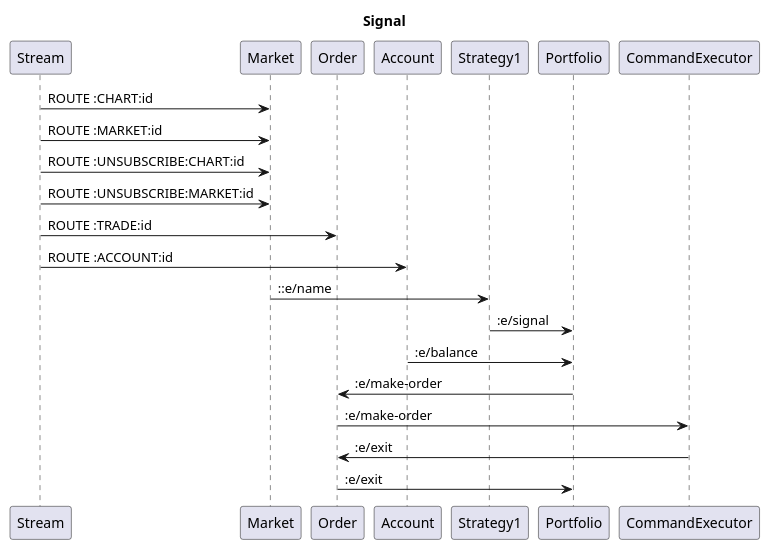
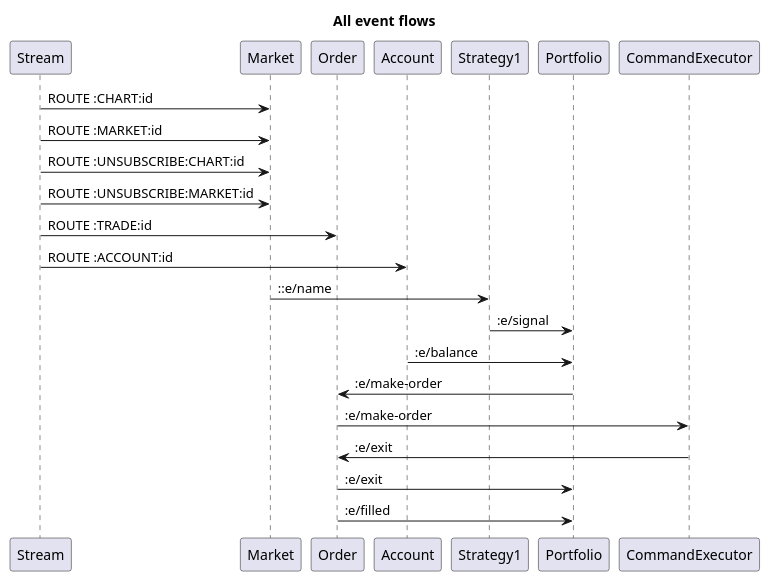
Before and after one commit to favetelinguis/bfg-clj: the first of 2 diagrams in README.org, drawn with PlantUML. The commit also changed other lines of this file and 21 other files, not shown here.

```diff
--- a/README.org
+++ b/README.org
@@ -11,17 +11,18 @@
 #+begin_src plantuml :file ./images/signal.png
-title Signal
+title All event flows
 
 Stream->Market: ROUTE :CHART:id
 Stream->Market: ROUTE :MARKET:id
 Stream->Market: ROUTE :UNSUBSCRIBE:CHART:id
 Stream->Market: ROUTE :UNSUBSCRIBE:MARKET:id
 Stream->Order: ROUTE :TRADE:id
 Stream->Account: ROUTE :ACCOUNT:id
 Market->Strategy1: ::e/name
 Strategy1->Portfolio ::e/signal
 Account->Portfolio ::e/balance
 Portfolio->Order ::e/make-order
 Order->CommandExecutor ::e/make-order
 CommandExecutor->Order ::e/exit
 Order->Portfolio ::e/exit
+Order->Portfolio ::e/filled
 #+end_src
```
